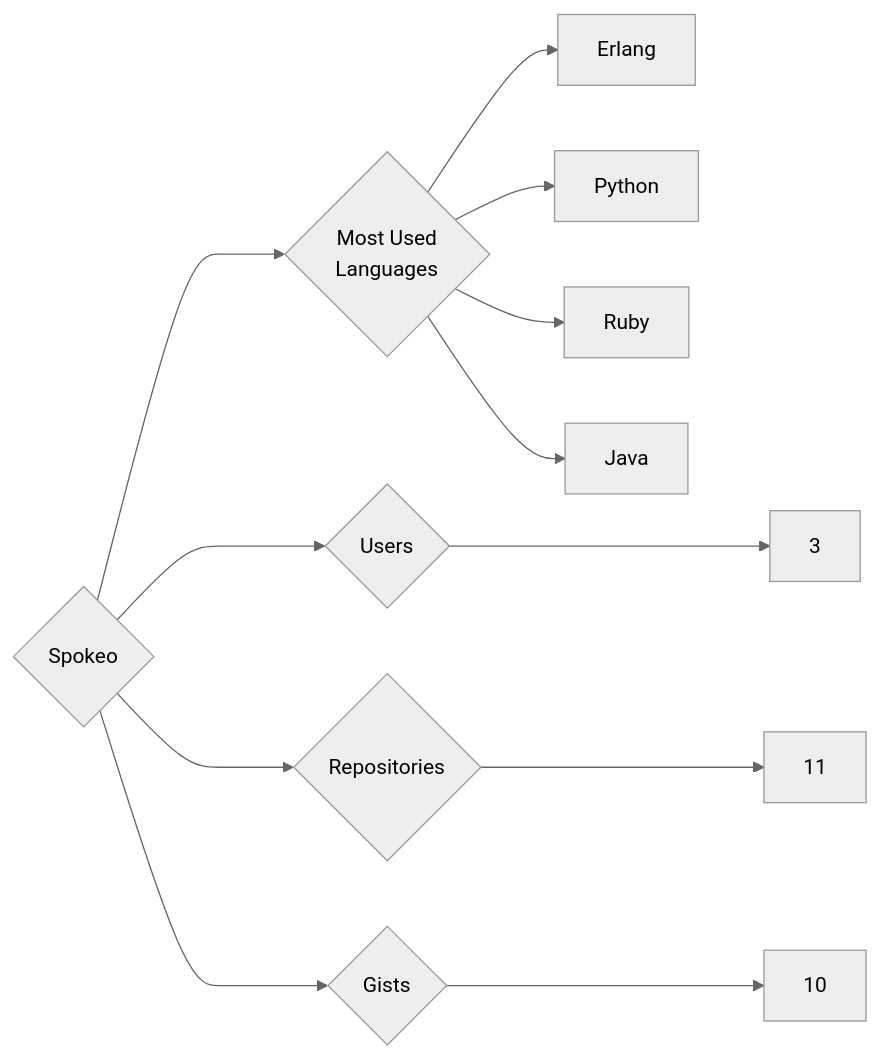
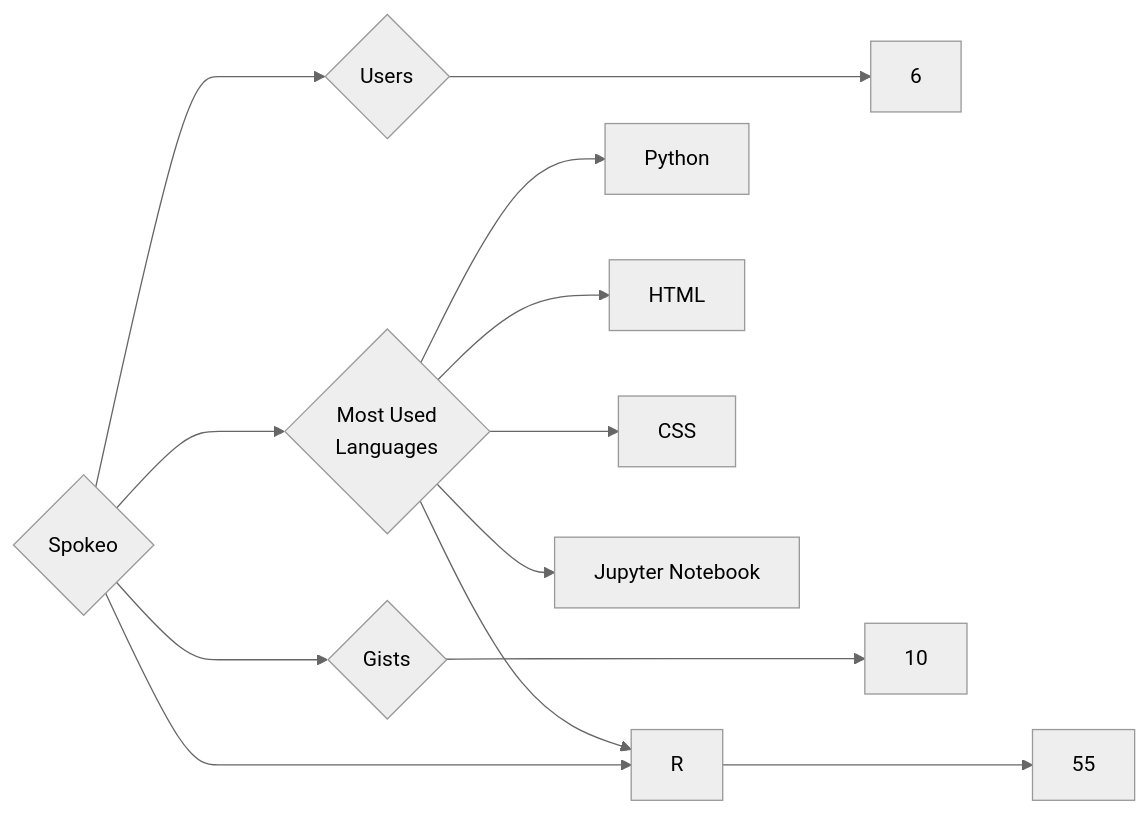
One commit to trickest/insiders changed the diagram in targets/Spokeo/README.md. Above: the diagram before and after it, drawn with Mermaid (neutral theme). The commit also changed 1696 other files, not shown here.

````diff
--- a/targets/Spokeo/README.md
+++ b/targets/Spokeo/README.md
@@ -3,12 +3,13 @@
 ```mermaid
 graph LR
 COMPANY_NAME{Spokeo}
-COMPANY_NAME ---> U{Users} ---> UN[3]
-COMPANY_NAME ---> R{Repositories} ---> RN[11]
+COMPANY_NAME ---> U{Users} ---> UN[6]
+COMPANY_NAME ---> R{Repositories} ---> RN[55]
 COMPANY_NAME ---> G{Gists} ---> GN[10]
 COMPANY_NAME ---> ML{Most Used<br>Languages}
-ML --> Erlang[Erlang]
 ML --> Python[Python]
-ML --> Ruby[Ruby]
-ML --> Java[Java]
+ML --> R[R]
+ML --> HTML[HTML]
+ML --> CSS[CSS]
+ML --> Jupyter_Notebook[Jupyter Notebook]
 ```
````
